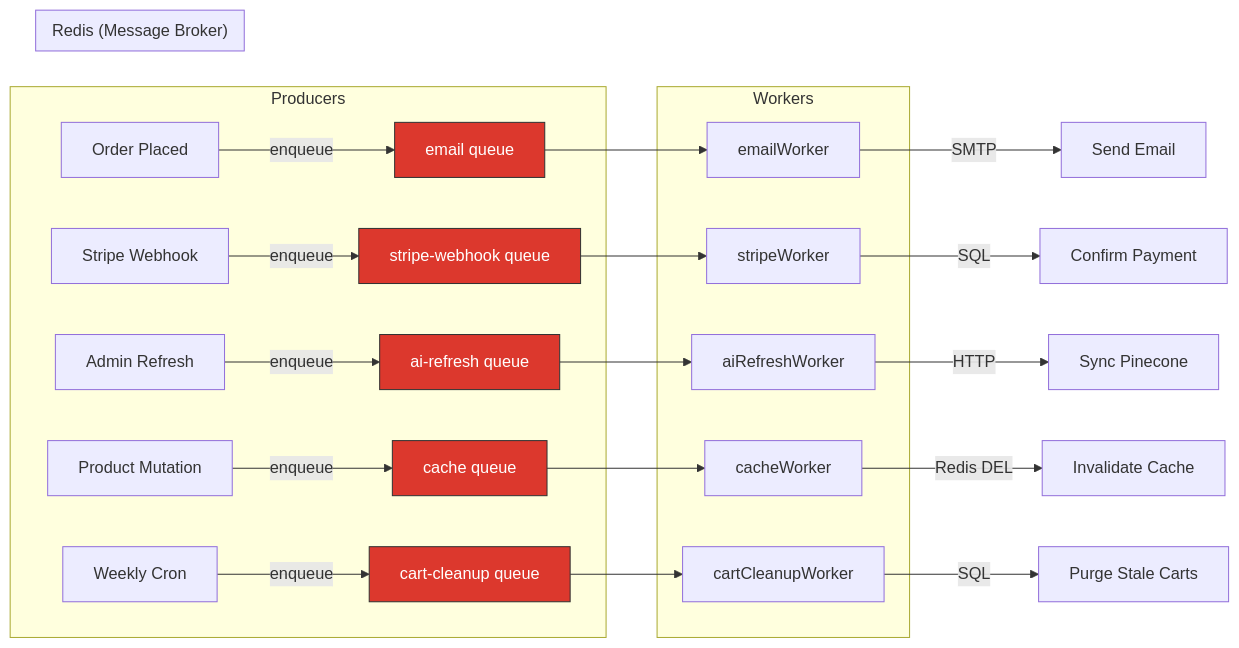
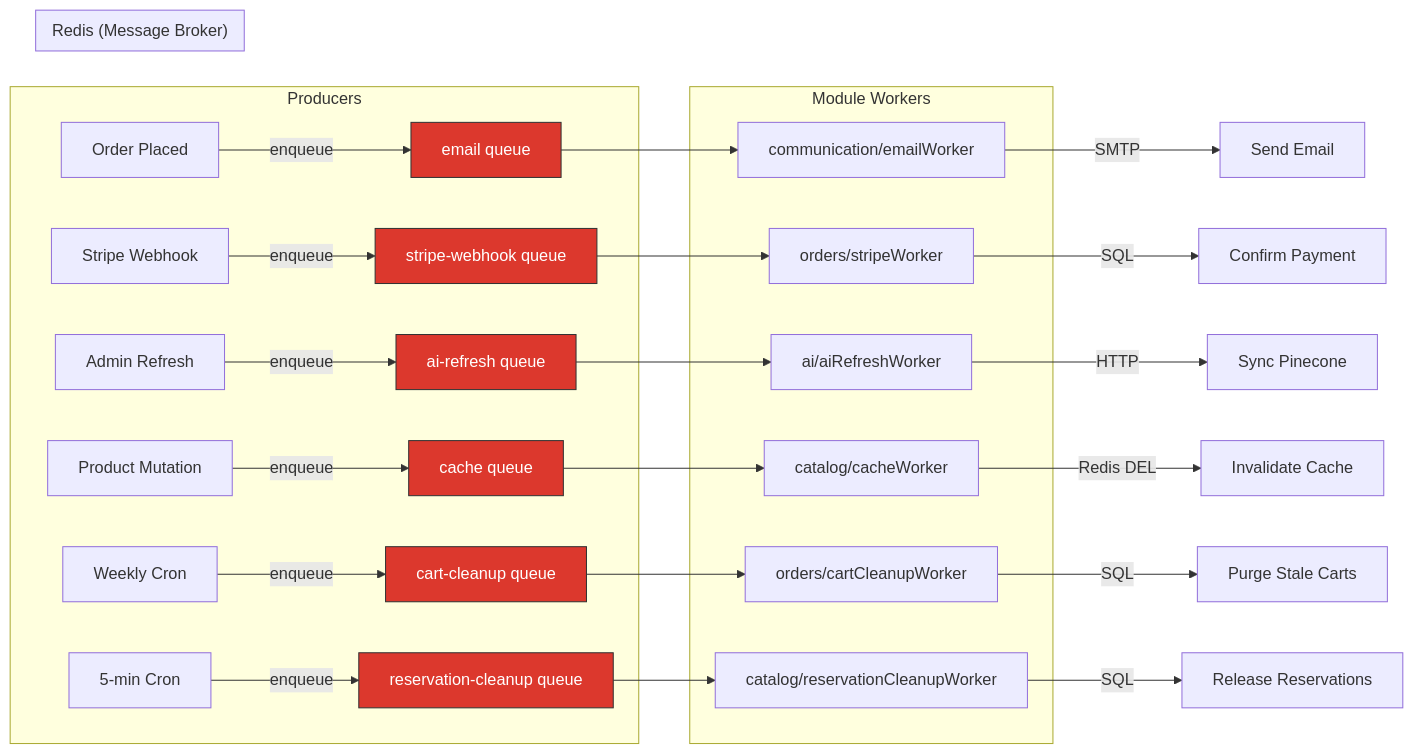
Before and after one commit to dhp-exe/e-commercial-project: the second of 2 diagrams in README.md, drawn with Mermaid. The commit also changed other lines of this file and 94 other files, not shown here.

````diff
--- a/README.md
+++ b/README.md
@@ -179,38 +131,43 @@
 ```mermaid
 flowchart LR
     subgraph Producers
         A[Order Placed] -->|enqueue| Q1[email queue]
         B[Stripe Webhook] -->|enqueue| Q2[stripe-webhook queue]
         C[Admin Refresh] -->|enqueue| Q3[ai-refresh queue]
         D[Product Mutation] -->|enqueue| Q4[cache queue]
         E[Weekly Cron] -->|enqueue| Q5[cart-cleanup queue]
+        F[5-min Cron] -->|enqueue| Q6[reservation-cleanup queue]
     end
 
     subgraph "Redis (Message Broker)"
         Q1
         Q2
         Q3
         Q4
         Q5
+        Q6
     end
 
-    subgraph Workers
-        Q1 --> W1[emailWorker]
-        Q2 --> W2[stripeWorker]
-        Q3 --> W3[aiRefreshWorker]
-        Q4 --> W4[cacheWorker]
-        Q5 --> W5[cartCleanupWorker]
+    subgraph "Module Workers"
+        Q1 --> W1["communication/emailWorker"]
+        Q2 --> W2["orders/stripeWorker"]
+        Q3 --> W3["ai/aiRefreshWorker"]
+        Q4 --> W4["catalog/cacheWorker"]
+        Q5 --> W5["orders/cartCleanupWorker"]
+        Q6 --> W6["catalog/reservationCleanupWorker"]
     end
 
     W1 -->|SMTP| F1[Send Email]
     W2 -->|SQL| F2[Confirm Payment]
     W3 -->|HTTP| F3[Sync Pinecone]
     W4 -->|Redis DEL| F4[Invalidate Cache]
     W5 -->|SQL| F5[Purge Stale Carts]
+    W6 -->|SQL| F6[Release Reservations]
 
     style Q1 fill:#dc382d,stroke:#333,color:#fff
     style Q2 fill:#dc382d,stroke:#333,color:#fff
     style Q3 fill:#dc382d,stroke:#333,color:#fff
     style Q4 fill:#dc382d,stroke:#333,color:#fff
     style Q5 fill:#dc382d,stroke:#333,color:#fff
+    style Q6 fill:#dc382d,stroke:#333,color:#fff
 ```
````
